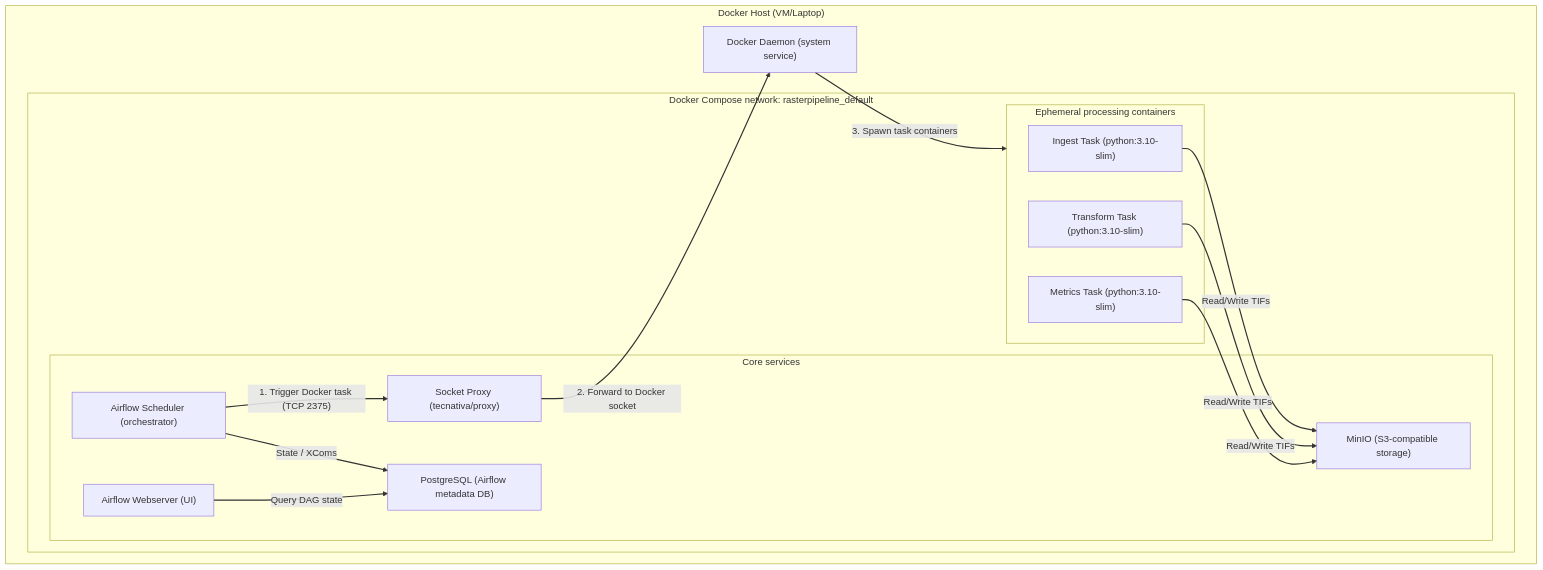
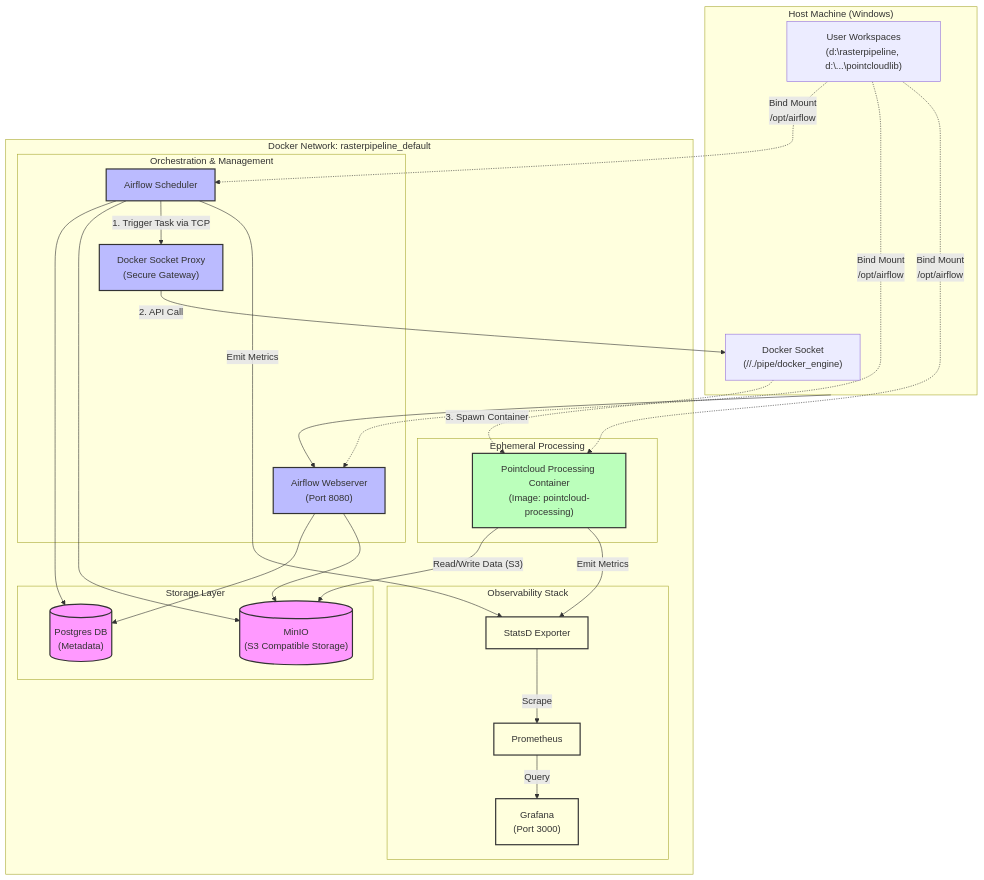
The diagram in architecture.md (aguillot-fme/rasterpipeline), drawn with Mermaid before and after one commit. The commit also changed other lines of this file and 9 other files, not shown here.

````diff
--- a/architecture.md
+++ b/architecture.md
@@ -3,41 +16,69 @@
 ```mermaid
+graph TD
+    subgraph Host["Host Machine (Windows)"]
+        Workspaces["User Workspaces<br/>(d:\rasterpipeline, d:\...\pointcloudlib)"]
+        DockerSock["Docker Socket<br/>(//./pipe/docker_engine)"]
+    end
 
-graph TD
-    subgraph Host["Docker Host (VM/Laptop)"]
-        DockerDaemon["Docker Daemon (system service)"]
+    subgraph DockerNetwork["Docker Network: rasterpipeline_default"]
+        
+        subgraph Orchestration["Orchestration & Management"]
+            UI["Airflow Webserver<br/>(Port 8080)"]
+            Scheduler["Airflow Scheduler"]
+            Proxy["Docker Socket Proxy<br/>(Secure Gateway)"]
+        end
 
-        subgraph DockerCompose["Docker Compose network: rasterpipeline_default"]
-            subgraph CoreServices["Core services"]
-                Web["Airflow Webserver (UI)"]
-                Sched["Airflow Scheduler (orchestrator)"]
-                Postgres["PostgreSQL (Airflow metadata DB)"]
-                MinIO["MinIO (S3-compatible storage)"]
-                Proxy["Socket Proxy (tecnativa/proxy)"]
-            end
+        subgraph StorageLayer["Storage Layer"]
+            Postgres[("Postgres DB<br/>(Metadata)")]
+            MinIO[("MinIO<br/>(S3 Compatible Storage)")]
+        end
 
-            subgraph Ephemeral["Ephemeral processing containers"]
-                Ingest["Ingest Task (python:3.10-slim)"]
-                Transform["Transform Task (python:3.10-slim)"]
-                Metrics["Metrics Task (python:3.10-slim)"]
-            end
+        subgraph Observability["Observability Stack"]
+            StatsD["StatsD Exporter"]
+            Prom["Prometheus"]
+            Graf["Grafana<br/>(Port 3000)"]
+        end
+
+        subgraph Processing["Ephemeral Processing"]
+            %% This node represents the container spawned by Airflow
+            JobContainer["Pointcloud Processing Container<br/>(Image: pointcloud-processing)"]
         end
     end
 
-    %% Control flow
-    Sched -- "1. Trigger Docker task (TCP 2375)" --> Proxy
-    Proxy -- "2. Forward to Docker socket" --> DockerDaemon
-    DockerDaemon -- "3. Spawn task containers" --> Ephemeral
+    %% Relationships and Flows
+    
+    %% User Interation
+    Host --> UI
+    
+    %% Storage Connections
+    UI & Scheduler --> Postgres
+    UI & Scheduler --> MinIO
+    JobContainer -->|"Read/Write Data (S3)"| MinIO
 
-    %% Data access
-    Ingest -- "Read/Write TIFs" --> MinIO
-    Transform -- "Read/Write TIFs" --> MinIO
-    Metrics -- "Read/Write TIFs" --> MinIO
+    %% Orchestration Flow (Docker Operator)
+    Scheduler -->|"1. Trigger Task via TCP"| Proxy
+    Proxy -->|"2. API Call"| DockerSock
+    DockerSock -.->|"3. Spawn Container"| JobContainer
 
-    %% Metadata
-    Sched -- "State / XComs" --> Postgres
-    Web -- "Query DAG state" --> Postgres
+    %% Code Injection (Bind Mounts in Dev)
+    Workspaces -.->|"Bind Mount<br/>/opt/airflow"| Scheduler
+    Workspaces -.->|"Bind Mount<br/>/opt/airflow"| UI
+    Workspaces -.->|"Bind Mount<br/>/opt/airflow"| JobContainer
 
-    linkStyle default stroke-width:2px,stroke:#333,fill:none
+    %% Monitoring Flow
+    Scheduler -->|"Emit Metrics"| StatsD
+    JobContainer -->|"Emit Metrics"| StatsD
+    StatsD -->|"Scrape"| Prom
+    Prom -->|"Query"| Graf
 
+    %% Styling
+    classDef storage fill:#f9f,stroke:#333,stroke-width:2px;
+    classDef orchest fill:#bbf,stroke:#333,stroke-width:2px;
+    classDef process fill:#bfb,stroke:#333,stroke-width:2px;
+    classDef monitor fill:#ffd,stroke:#333,stroke-width:2px;
 
+    class Postgres,MinIO storage;
+    class UI,Scheduler,Proxy orchest;
+    class JobContainer process;
+    class StatsD,Prom,Graf monitor;
 ```
````
